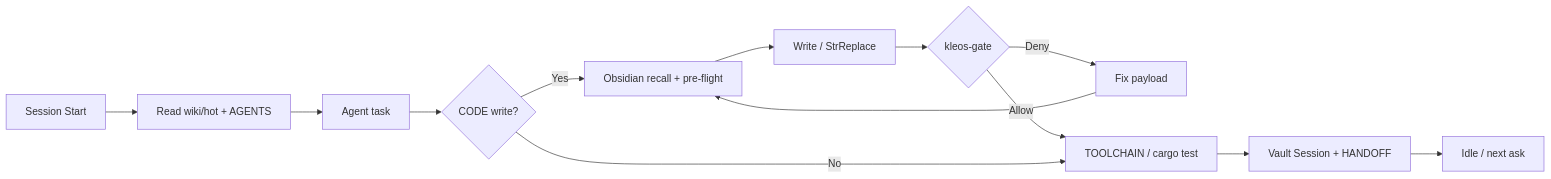
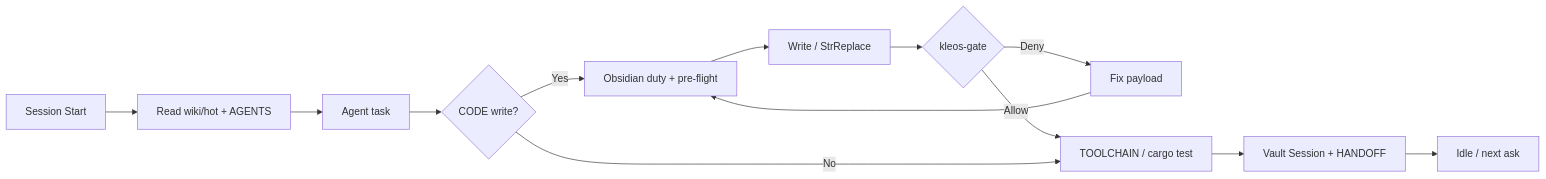
One commit to kleosr/kleosrules changed the diagram in README.md. Above: the diagram before and after it, drawn with Mermaid. The commit also changed other lines of this file and 43 other files, not shown here.

````diff
--- a/README.md
+++ b/README.md
@@ -85,15 +85,15 @@
 ```mermaid
 graph LR
     S[Session Start] --> H[Read wiki/hot + AGENTS];
     H --> A[Agent task];
     A --> P{CODE write?};
-    P -- Yes --> R[Obsidian recall + pre-flight];
+    P -- Yes --> R[Obsidian duty + pre-flight];
     R --> W[Write / StrReplace];
     W --> G{kleos-gate};
     G -- Deny --> F[Fix payload];
     F --> R;
     G -- Allow --> V[TOOLCHAIN / cargo test];
     P -- No --> V;
     V --> B[Vault Session + HANDOFF];
     B --> I[Idle / next ask];
 ```
````
